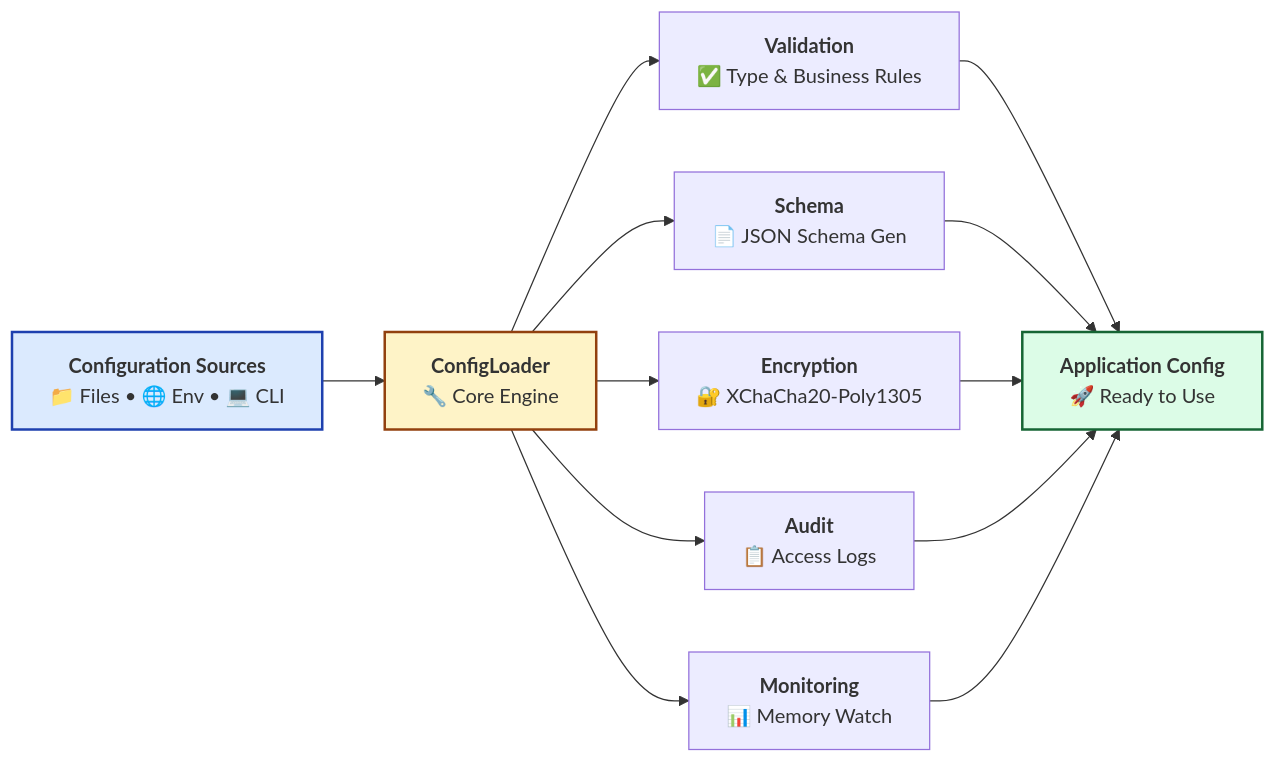
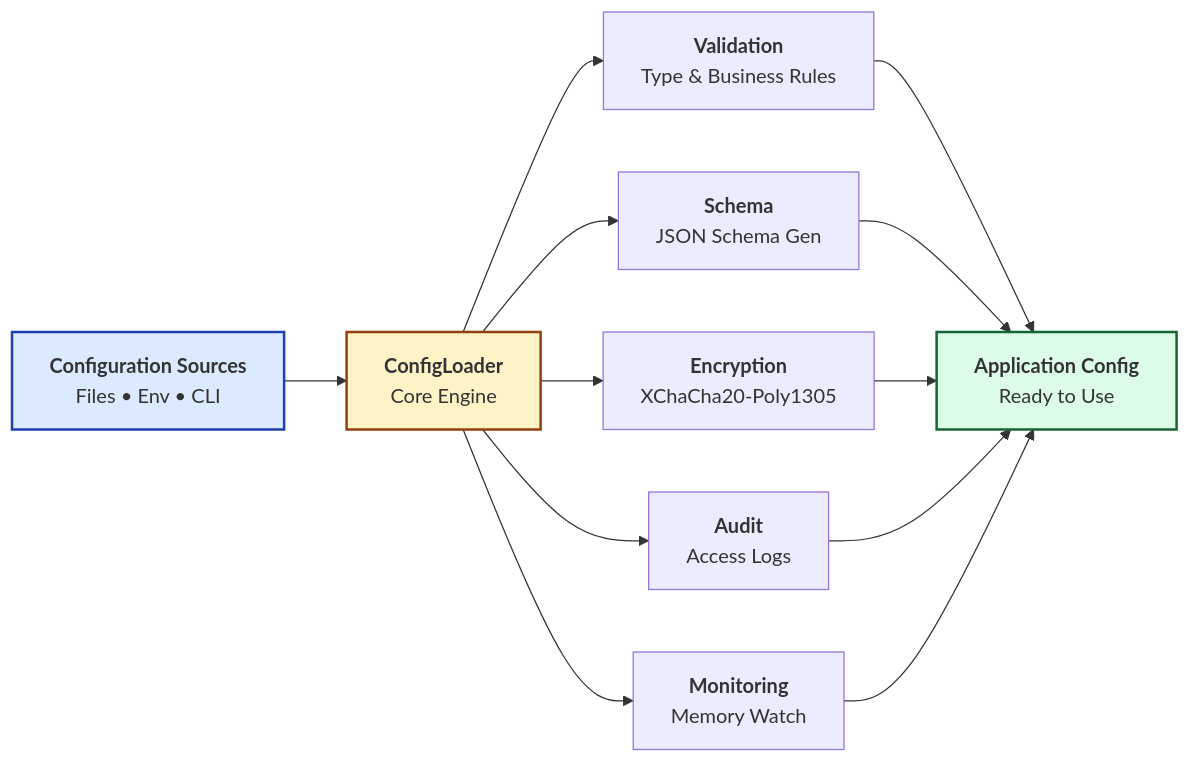
Before and after one commit to Kirky-X/confers: the first of 3 diagrams in README.md, drawn with Mermaid. The commit also changed other lines of this file and 3 other files, not shown here.

First line of the commit message:
docs: clean mermaid node emojis for renderer compatibility

````diff
--- a/README.md
+++ b/README.md
@@ -165,18 +165,18 @@
 ```mermaid
 graph LR
-    A[<b>Configuration Sources</b><br/>📁 Files • 🌐 Env • 💻 CLI] --> B[<b>ConfigLoader</b><br/>🔧 Core Engine]
-    B --> C[<b>Validation</b><br/>✅ Type & Business Rules]
-    B --> D[<b>Schema</b><br/>📄 JSON Schema Gen]
-    B --> E[<b>Encryption</b><br/>🔐 XChaCha20-Poly1305]
-    B --> F[<b>Audit</b><br/>📋 Access Logs]
-    B --> G[<b>Monitoring</b><br/>📊 Memory Watch]
-    C --> H[<b>Application Config</b><br/>🚀 Ready to Use]
+    A["<b>Configuration Sources</b><br/>Files • Env • CLI"] --> B["<b>ConfigLoader</b><br/>Core Engine"]
+    B --> C["<b>Validation</b><br/>Type & Business Rules"]
+    B --> D["<b>Schema</b><br/>JSON Schema Gen"]
+    B --> E["<b>Encryption</b><br/>XChaCha20-Poly1305"]
+    B --> F["<b>Audit</b><br/>Access Logs"]
+    B --> G["<b>Monitoring</b><br/>Memory Watch"]
+    C --> H["<b>Application Config</b><br/>Ready to Use"]
     D --> H
     E --> H
     F --> H
     G --> H
 
     style A fill:#DBEAFE,stroke:#1E40AF,stroke-width:2px
     style B fill:#FEF3C7,stroke:#92400E,stroke-width:2px
     style H fill:#DCFCE7,stroke:#166534,stroke-width:2px
 ```
````
